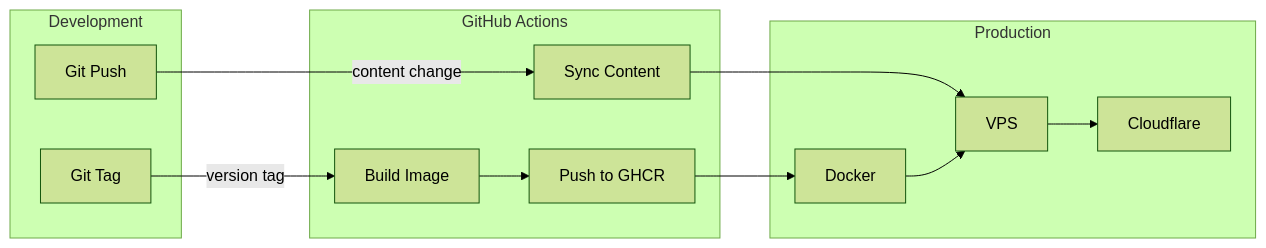
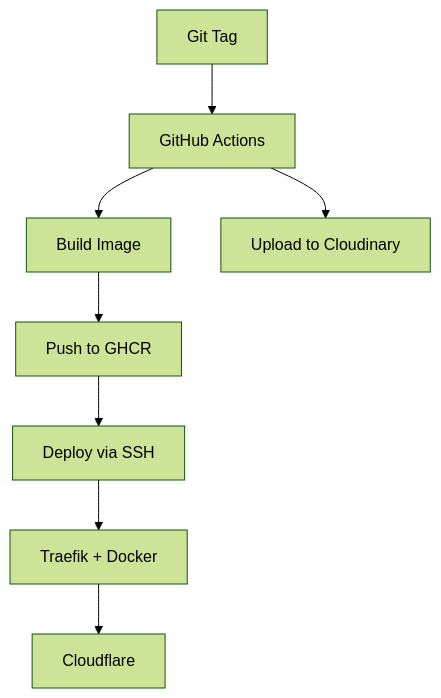
Before and after one commit to alnovis/nebula: the fourth of 4 diagrams in content/projects/nebula.md, drawn with Mermaid (forest theme). The commit also changed other lines of this file and 9 other files, not shown here.

````diff
--- a/content/projects/nebula.md
+++ b/content/projects/nebula.md
@@ -194,27 +278,14 @@
 ```mermaid
-flowchart LR
-    subgraph Dev["Development"]
-        GIT[Git Push]
-        TAG[Git Tag]
-    end
+flowchart TD
+    TAG[Git Tag]
 
-    subgraph CI["GitHub Actions"]
-        BUILD[Build Image]
-        PUSH[Push to GHCR]
-        SYNC[Sync Content]
-    end
+    TAG --> GHA[GitHub Actions]
 
-    subgraph Prod["Production"]
-        VPS[VPS]
-        DOCKER[Docker]
-        CF[Cloudflare]
-    end
+    GHA --> IMG[Build Image]
+    GHA --> CLOUD[Upload to Cloudinary]
 
-    GIT -->|content change| SYNC
-    TAG -->|version tag| BUILD
-    BUILD --> PUSH
-    PUSH --> DOCKER
-    SYNC --> VPS
-    DOCKER --> VPS
-    VPS --> CF
+    IMG --> GHCR[Push to GHCR]
+    GHCR --> SSH[Deploy via SSH]
+    SSH --> TRAEFIK[Traefik + Docker]
+    TRAEFIK --> CF[Cloudflare]
 ```
````
